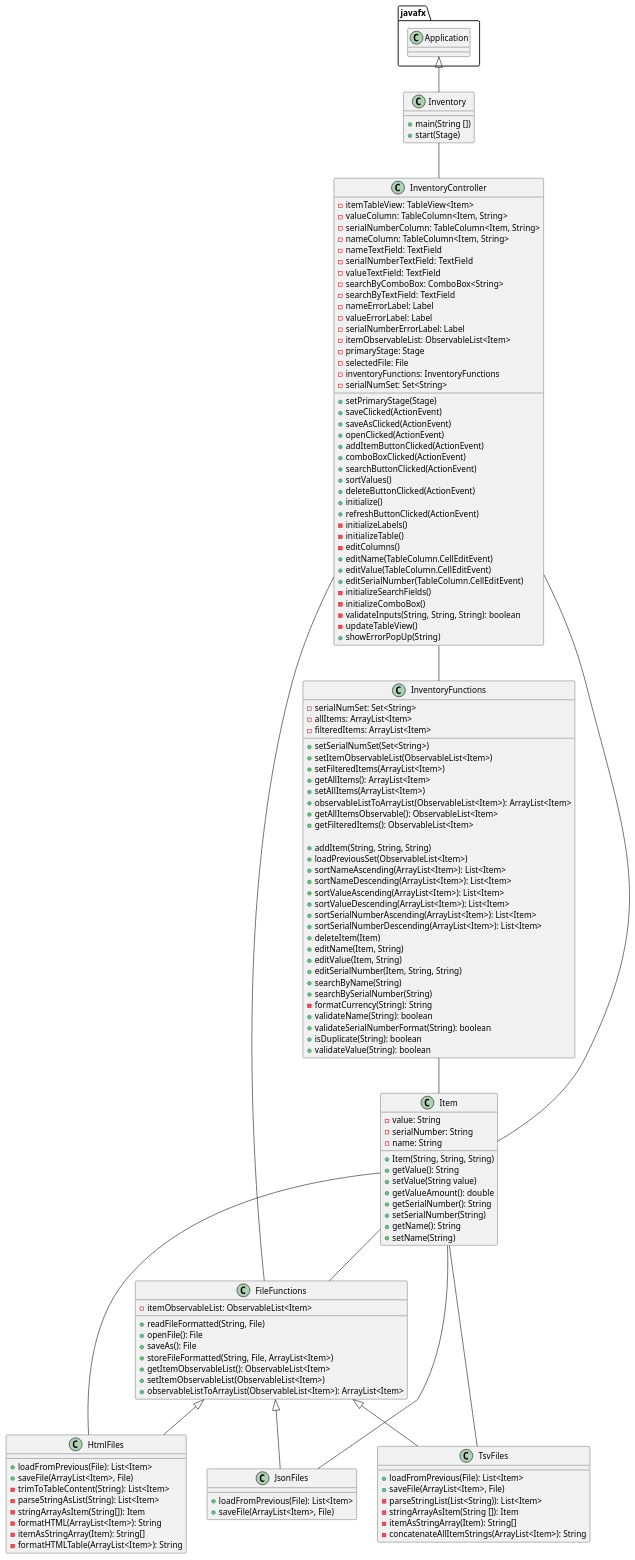
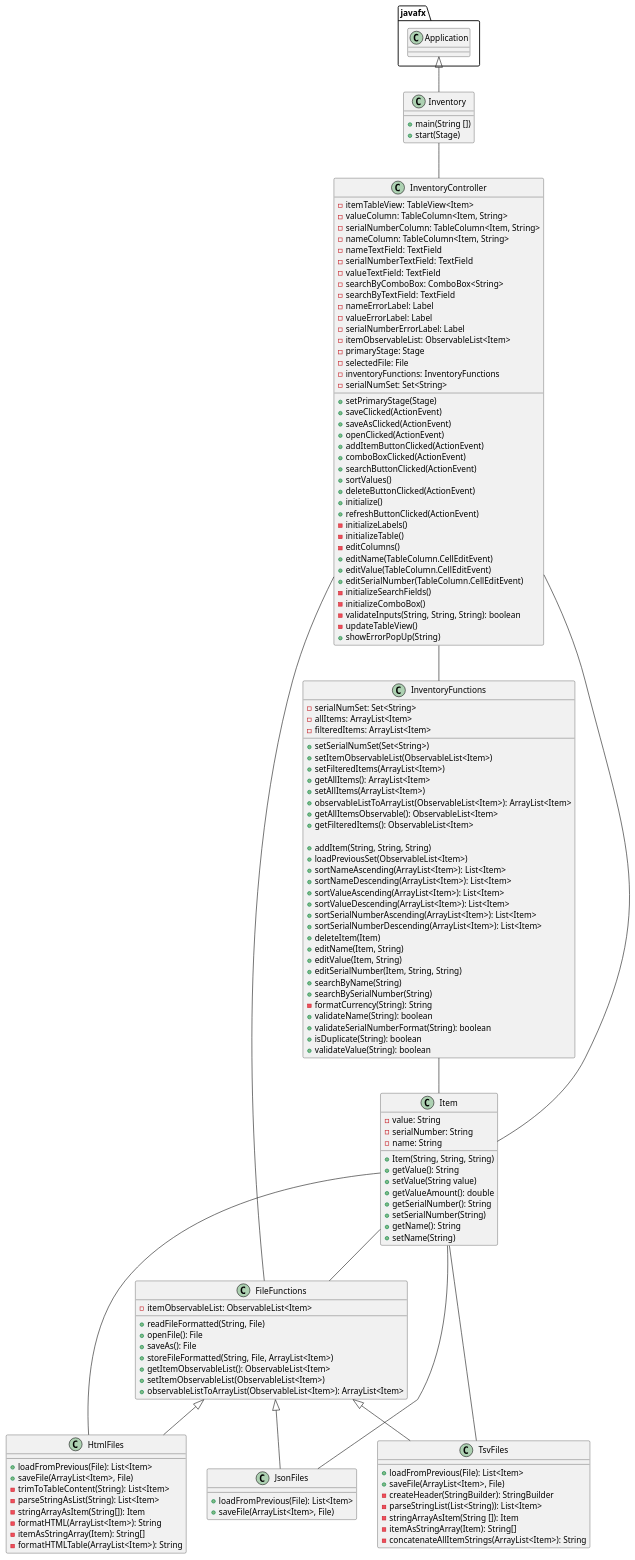
One commit to ivy-nguyen18/nguyen-6246-a5 changed the diagram in uml/InventoryApp.puml. Above: the diagram before and after it, drawn with PlantUML. The commit also changed 1 other file, not shown here.

```diff
--- a/uml/InventoryApp.puml
+++ b/uml/InventoryApp.puml
@@ -1,155 +1,156 @@
 @startuml
 'https://plantuml.com/class-diagram
 
 class Inventory{
     + main(String [])
     + start(Stage)
 }
 
 class FileFunctions{
     - itemObservableList: ObservableList<Item>
     + readFileFormatted(String, File)
     + openFile(): File
     + saveAs(): File
     + storeFileFormatted(String, File, ArrayList<Item>)
     + getItemObservableList(): ObservableList<Item>
     + setItemObservableList(ObservableList<Item>)
     + observableListToArrayList(ObservableList<Item>): ArrayList<Item>
 }
 
 class JsonFiles{
     + loadFromPrevious(File): List<Item>
     + saveFile(ArrayList<Item>, File)
 }
 
 class TsvFiles{
     + loadFromPrevious(File): List<Item>
     + saveFile(ArrayList<Item>, File)
+    - createHeader(StringBuilder): StringBuilder
     - parseStringList(List<String)): List<Item>
     - stringArrayAsItem(String []): Item
     - itemAsStringArray(Item): String[]
     - concatenateAllItemStrings(ArrayList<Item>): String
 }
 
 class HtmlFiles{
      + loadFromPrevious(File): List<Item>
      + saveFile(ArrayList<Item>, File)
      - trimToTableContent(String): List<Item>
      - parseStringAsList(String): List<Item>
      - stringArrayAsItem(String[]): Item
      - formatHTML(ArrayList<Item>): String
      - itemAsStringArray(Item): String[]
      - formatHTMLTable(ArrayList<Item>): String
 }
 
 class InventoryController{
     - itemTableView: TableView<Item>
     - valueColumn: TableColumn<Item, String>
     - serialNumberColumn: TableColumn<Item, String>
     - nameColumn: TableColumn<Item, String>
     - nameTextField: TextField
     - serialNumberTextField: TextField
     - valueTextField: TextField
     - searchByComboBox: ComboBox<String>
     - searchByTextField: TextField
     - nameErrorLabel: Label
     - valueErrorLabel: Label
     - serialNumberErrorLabel: Label
     - itemObservableList: ObservableList<Item>
     - primaryStage: Stage
     - selectedFile: File
     - inventoryFunctions: InventoryFunctions
     - serialNumSet: Set<String>
 
 
     + setPrimaryStage(Stage)
     + saveClicked(ActionEvent)
     + saveAsClicked(ActionEvent)
     + openClicked(ActionEvent)
     + addItemButtonClicked(ActionEvent)
     + comboBoxClicked(ActionEvent)
     + searchButtonClicked(ActionEvent)
     + sortValues()
     + deleteButtonClicked(ActionEvent)
     + initialize()
     + refreshButtonClicked(ActionEvent)
     - initializeLabels()
     - initializeTable()
     - editColumns()
     + editName(TableColumn.CellEditEvent)
     + editValue(TableColumn.CellEditEvent)
     + editSerialNumber(TableColumn.CellEditEvent)
     - initializeSearchFields()
     - initializeComboBox()
     - validateInputs(String, String, String): boolean
     - updateTableView()
     + showErrorPopUp(String)
 }
 
 class InventoryFunctions{
     - serialNumSet: Set<String>
     - allItems: ArrayList<Item>
     - filteredItems: ArrayList<Item>
 
     + setSerialNumSet(Set<String>)
     + setItemObservableList(ObservableList<Item>)
     + setFilteredItems(ArrayList<Item>)
     + getAllItems(): ArrayList<Item>
     + setAllItems(ArrayList<Item>)
     + observableListToArrayList(ObservableList<Item>): ArrayList<Item>
     + getAllItemsObservable(): ObservableList<Item>
     + getFilteredItems(): ObservableList<Item>
 
     + addItem(String, String, String)
     + loadPreviousSet(ObservableList<Item>)
     + sortNameAscending(ArrayList<Item>): List<Item>
     + sortNameDescending(ArrayList<Item>): List<Item>
     + sortValueAscending(ArrayList<Item>): List<Item>
     + sortValueDescending(ArrayList<Item>): List<Item>
     + sortSerialNumberAscending(ArrayList<Item>): List<Item>
     + sortSerialNumberDescending(ArrayList<Item>): List<Item>
     + deleteItem(Item)
     + editName(Item, String)
     + editValue(Item, String)
     + editSerialNumber(Item, String, String)
     + searchByName(String)
     + searchBySerialNumber(String)
     - formatCurrency(String): String
     + validateName(String): boolean
     + validateSerialNumberFormat(String): boolean
     + isDuplicate(String): boolean
     + validateValue(String): boolean
 }
 
 class Item{
     - value: String
     - serialNumber: String
     - name: String
 
     + Item(String, String, String)
     + getValue(): String
     + setValue(String value)
     + getValueAmount(): double
     + getSerialNumber(): String
     + setSerialNumber(String)
     + getName(): String
     + setName(String)
 }
 
 
 
 javafx.Application <|-- Inventory
 Inventory -- InventoryController
 InventoryController -- InventoryFunctions
 InventoryController -- Item
 InventoryFunctions -- Item
 FileFunctions -- InventoryController
 Item -- FileFunctions
 Item -- JsonFiles
 Item -- TsvFiles
 Item -- HtmlFiles
 FileFunctions <|-- JsonFiles
 FileFunctions <|-- TsvFiles
 FileFunctions <|-- HtmlFiles
 
 @enduml
```
